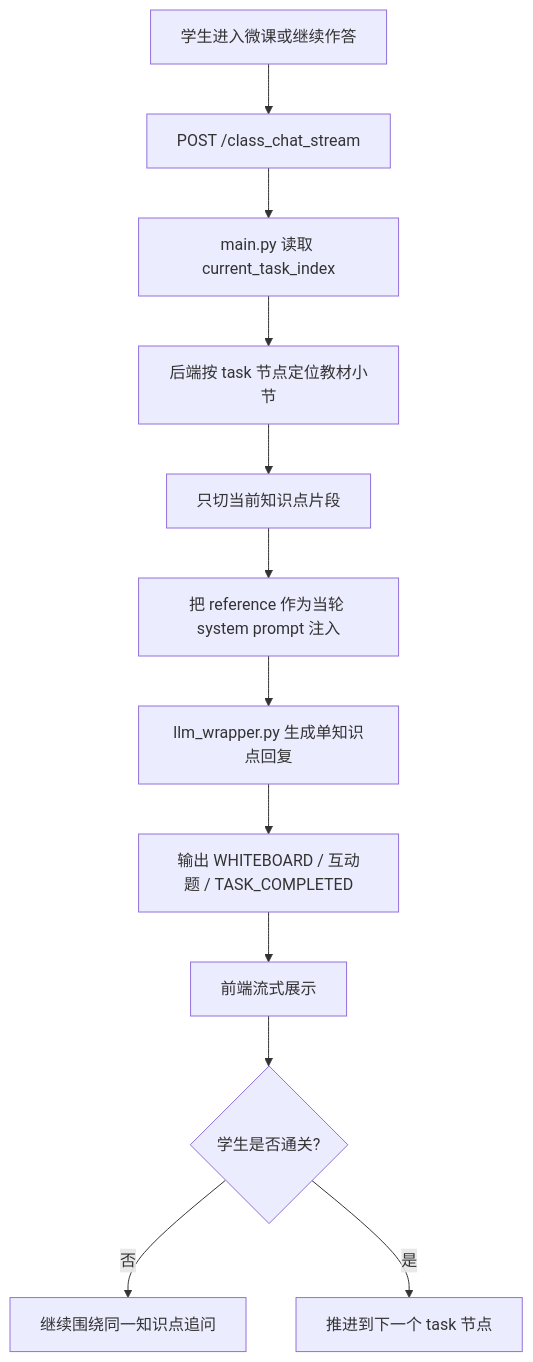
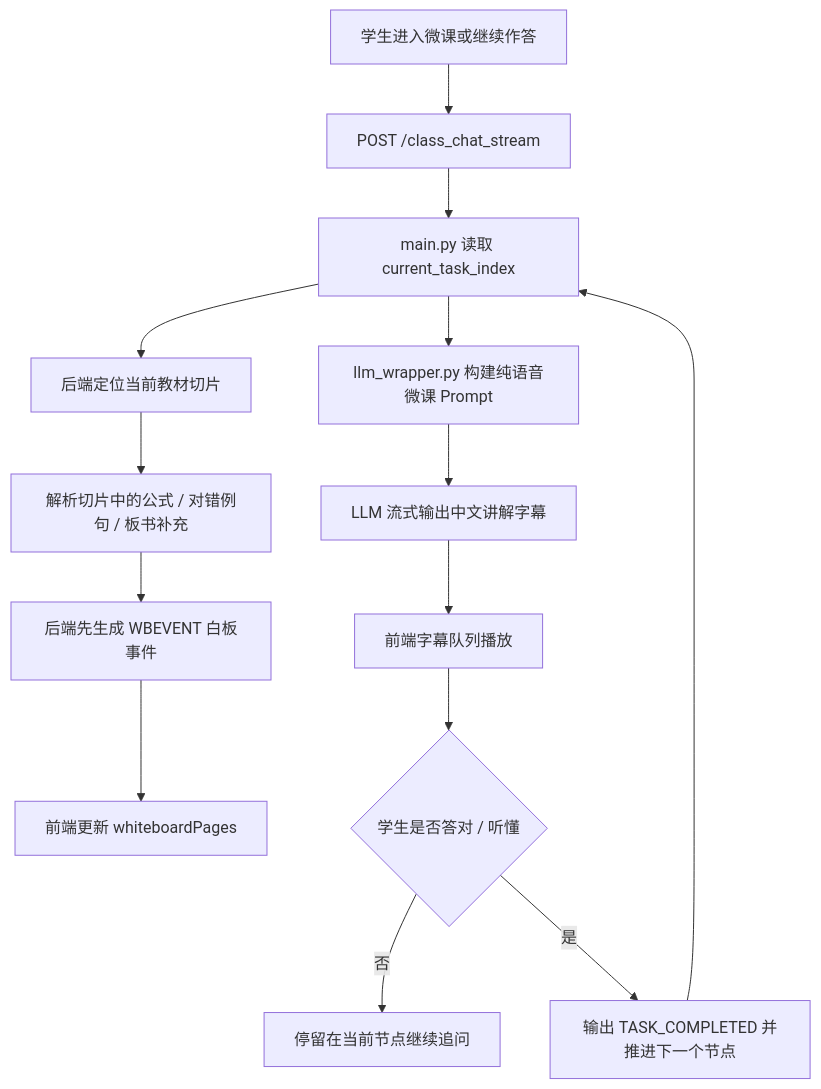
One commit to jacobsisir-glitch/AI-English-Teacher changed the second of 3 diagrams in README.md. Above: the diagram before and after it, drawn with Mermaid. The commit also changed other lines of this file, not shown here.

Commit message:
Refresh README for dual-track class flow

````diff
--- a/README.md
+++ b/README.md
@@ -70,14 +89,16 @@
 ```mermaid
 flowchart TD
     A[学生进入微课或继续作答] --> B[POST /class_chat_stream]
     B --> C[main.py 读取 current_task_index]
-    C --> D[后端按 task 节点定位教材小节]
-    D --> E[只切当前知识点片段]
-    E --> F[把 reference 作为当轮 system prompt 注入]
-    F --> G[llm_wrapper.py 生成单知识点回复]
-    G --> H[输出 WHITEBOARD / 互动题 / TASK_COMPLETED]
-    H --> I[前端流式展示]
-    I --> J{学生是否通关?}
-    J -- 否 --> K[继续围绕同一知识点追问]
-    J -- 是 --> L[推进到下一个 task 节点]
+    C --> D[后端定位当前教材切片]
+    D --> E[解析切片中的公式 / 对错例句 / 板书补充]
+    E --> F[后端先生成 WBEVENT 白板事件]
+    F --> G[前端更新 whiteboardPages]
+    C --> H[llm_wrapper.py 构建纯语音微课 Prompt]
+    H --> I[LLM 流式输出中文讲解字幕]
+    I --> J[前端字幕队列播放]
+    J --> K{学生是否答对 / 听懂}
+    K -- 否 --> L[停留在当前节点继续追问]
+    K -- 是 --> M[输出 TASK_COMPLETED 并推进下一个节点]
+    M --> C
 ```
````
